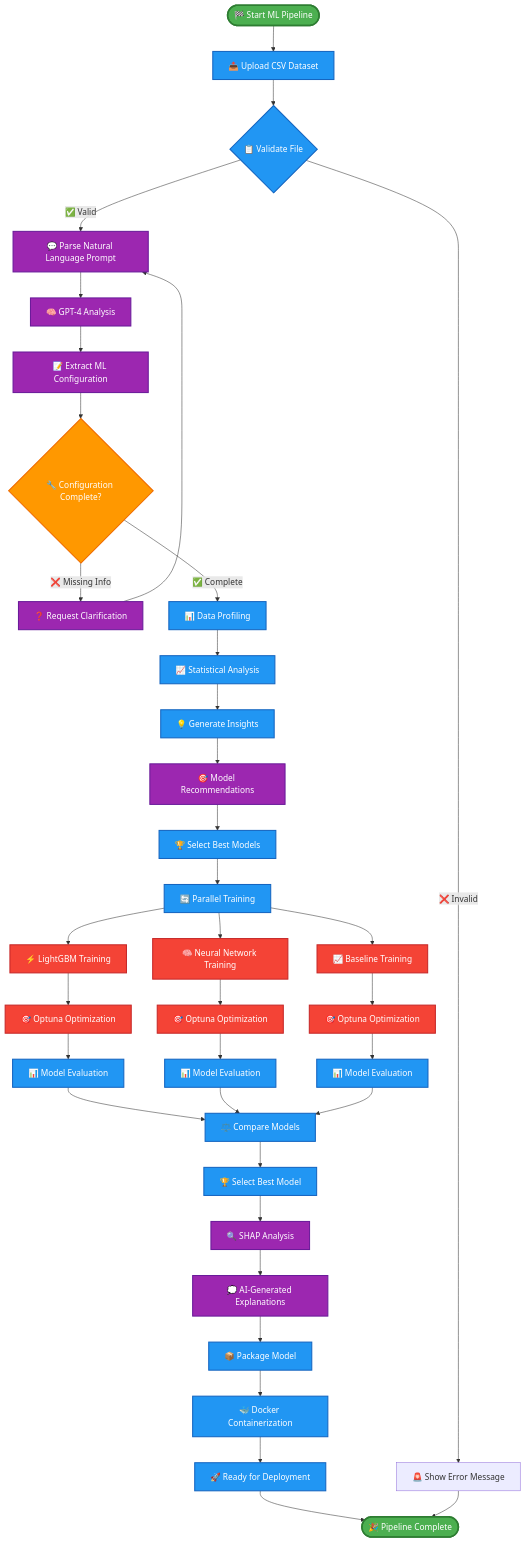
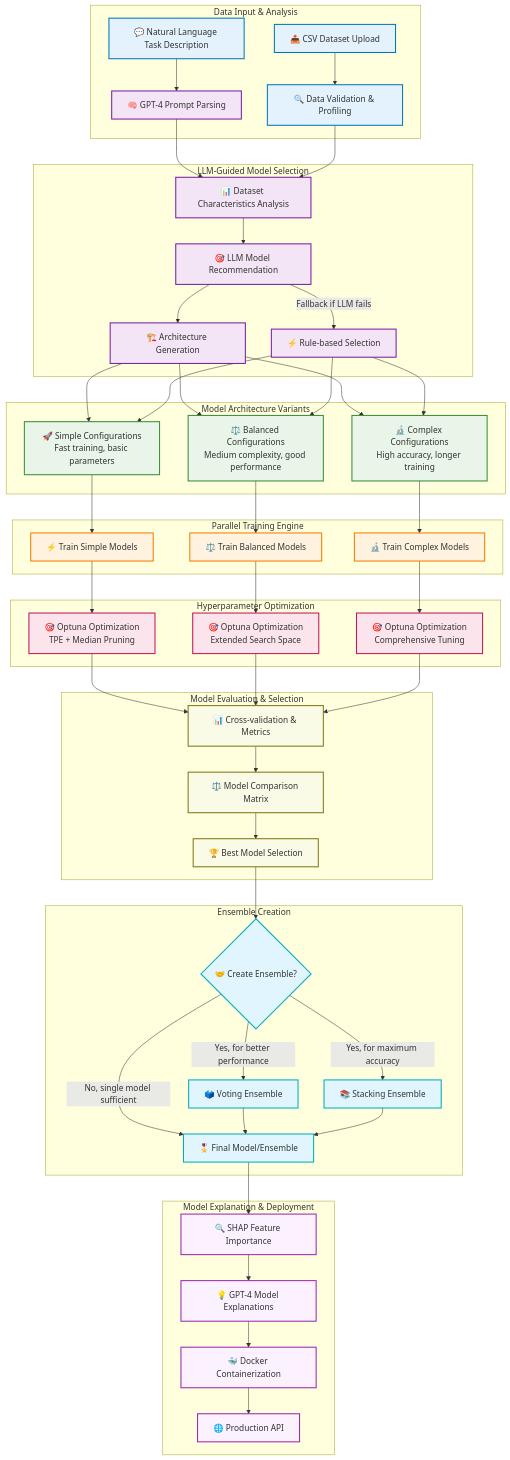
Before and after one commit to mvideet/Cipher: the third of 5 diagrams in README.md, drawn with Mermaid. The commit also changed other lines of this file, not shown here.

````diff
--- a/README.md
+++ b/README.md
@@ -229,58 +240,113 @@
 ```mermaid
-flowchart TD
-    START([🏁 Start ML Pipeline]) --> UPLOAD[📤 Upload CSV Dataset]
-    UPLOAD --> VALIDATE{📋 Validate File}
-    VALIDATE -->|❌ Invalid| ERROR[🚨 Show Error Message]
-    VALIDATE -->|✅ Valid| PROMPT[💬 Parse Natural Language Prompt]
+graph TB
+    subgraph "Data Input & Analysis"
+        UPLOAD[📤 CSV Dataset Upload]
+        VALIDATE[🔍 Data Validation & Profiling]
+        PROMPT[💬 Natural Language Task Description]
+        UPLOAD --> VALIDATE
+        PROMPT --> PARSE
+    end
     
-    PROMPT --> GPT4[🧠 GPT-4 Analysis]
-    GPT4 --> EXTRACT[📝 Extract ML Configuration]
-    EXTRACT --> CONFIG{🔧 Configuration Complete?}
-    CONFIG -->|❌ Missing Info| CLARIFY[❓ Request Clarification]
-    CONFIG -->|✅ Complete| PROFILE[📊 Data Profiling]
+    subgraph "LLM-Guided Model Selection"
+        PARSE[🧠 GPT-4 Prompt Parsing]
+        PROFILE[📊 Dataset Characteristics Analysis]
+        LLM_SELECT[🎯 LLM Model Recommendation]
+        ARCH_GEN[🏗️ Architecture Generation]
+        
+        PARSE --> PROFILE
+        PROFILE --> LLM_SELECT
+        LLM_SELECT --> ARCH_GEN
+        LLM_SELECT --> |"Fallback if LLM fails"| FALLBACK[⚡ Rule-based Selection]
+    end
     
-    PROFILE --> STATS[📈 Statistical Analysis]
-    STATS --> INSIGHTS[💡 Generate Insights]
-    INSIGHTS --> RECOMMEND[🎯 Model Recommendations]
-    RECOMMEND --> SELECT[🏆 Select Best Models]
+    subgraph "Model Architecture Variants"
+        SIMPLE[🚀 Simple Configurations<br/>Fast training, basic parameters]
+        BALANCED[⚖️ Balanced Configurations<br/>Medium complexity, good performance]
+        COMPLEX[🔬 Complex Configurations<br/>High accuracy, longer training]
+        
+        ARCH_GEN --> SIMPLE
+        ARCH_GEN --> BALANCED
+        ARCH_GEN --> COMPLEX
+        FALLBACK --> SIMPLE
+        FALLBACK --> BALANCED
+        FALLBACK --> COMPLEX
+    end
     
-    SELECT --> PARALLEL[🔄 Parallel Training]
-    PARALLEL --> LGB[⚡ LightGBM Training]
-    PARALLEL --> MLP[🧠 Neural Network Training]
-    PARALLEL --> BASE[📈 Baseline Training]
+    subgraph "Parallel Training Engine"
+        TRAIN_SIMPLE[⚡ Train Simple Models]
+        TRAIN_BALANCED[⚖️ Train Balanced Models]
+        TRAIN_COMPLEX[🔬 Train Complex Models]
+        
+        SIMPLE --> TRAIN_SIMPLE
+        BALANCED --> TRAIN_BALANCED
+        COMPLEX --> TRAIN_COMPLEX
+    end
     
-    LGB --> OPTUNA1[🎯 Optuna Optimization]
-    MLP --> OPTUNA2[🎯 Optuna Optimization]
-    BASE --> OPTUNA3[🎯 Optuna Optimization]
+    subgraph "Hyperparameter Optimization"
+        OPTUNA_SIMPLE[🎯 Optuna Optimization<br/>TPE + Median Pruning]
+        OPTUNA_BALANCED[🎯 Optuna Optimization<br/>Extended Search Space]
+        OPTUNA_COMPLEX[🎯 Optuna Optimization<br/>Comprehensive Tuning]
+        
+        TRAIN_SIMPLE --> OPTUNA_SIMPLE
+        TRAIN_BALANCED --> OPTUNA_BALANCED
+        TRAIN_COMPLEX --> OPTUNA_COMPLEX
+    end
     
-    OPTUNA1 --> EVAL1[📊 Model Evaluation]
-    OPTUNA2 --> EVAL2[📊 Model Evaluation]
-    OPTUNA3 --> EVAL3[📊 Model Evaluation]
+    subgraph "Model Evaluation & Selection"
+        EVAL[📊 Cross-validation & Metrics]
+        COMPARE[⚖️ Model Comparison Matrix]
+        BEST_SELECT[🏆 Best Model Selection]
+        
+        OPTUNA_SIMPLE --> EVAL
+        OPTUNA_BALANCED --> EVAL
+        OPTUNA_COMPLEX --> EVAL
+        EVAL --> COMPARE
+        COMPARE --> BEST_SELECT
+    end
     
-    EVAL1 --> COMPARE[⚖️ Compare Models]
-    EVAL2 --> COMPARE
-    EVAL3 --> COMPARE
+    subgraph "Ensemble Creation"
+        ENSEMBLE_CHECK{🤝 Create Ensemble?}
+        VOTING[🗳️ Voting Ensemble]
+        STACKING[📚 Stacking Ensemble]
+        FINAL_MODEL[🎖️ Final Model/Ensemble]
+        
+        BEST_SELECT --> ENSEMBLE_CHECK
+        ENSEMBLE_CHECK -->|"Yes, for better performance"| VOTING
+        ENSEMBLE_CHECK -->|"Yes, for maximum accuracy"| STACKING
+        ENSEMBLE_CHECK -->|"No, single model sufficient"| FINAL_MODEL
+        VOTING --> FINAL_MODEL
+        STACKING --> FINAL_MODEL
+    end
     
-    COMPARE --> BEST[🏆 Select Best Model]
-    BEST --> SHAP[🔍 SHAP Analysis]
-    SHAP --> EXPLAIN[💭 AI-Generated Explanations]
-    EXPLAIN --> PACKAGE[📦 Package Model]
-    PACKAGE --> DOCKER[🐳 Docker Containerization]
-    DOCKER --> DEPLOY[🚀 Ready for Deployment]
-    DEPLOY --> END([🎉 Pipeline Complete])
+    subgraph "Model Explanation & Deployment"
+        SHAP[🔍 SHAP Feature Importance]
+        AI_INSIGHTS[💡 GPT-4 Model Explanations]
+        DOCKER[🐳 Docker Containerization]
+        API[🌐 Production API]
+        
+        FINAL_MODEL --> SHAP
+        SHAP --> AI_INSIGHTS
+        AI_INSIGHTS --> DOCKER
+        DOCKER --> API
+    end
     
-    ERROR --> END
-    CLARIFY --> PROMPT
+    VALIDATE --> PROFILE
     
-    classDef startEnd fill:#4caf50,stroke:#2e7d32,stroke-width:3px,color:#fff
-    classDef process fill:#2196f3,stroke:#1565c0,stroke-width:2px,color:#fff
-    classDef decision fill:#ff9800,stroke:#ef6c00,stroke-width:2px,color:#fff
-    classDef ai fill:#9c27b0,stroke:#6a1b9a,stroke-width:2px,color:#fff
-    classDef training fill:#f44336,stroke:#c62828,stroke-width:2px,color:#fff
+    classDef input fill:#e3f2fd,stroke:#0277bd,stroke-width:2px
+    classDef llm fill:#f3e5f5,stroke:#7b1fa2,stroke-width:2px
+    classDef arch fill:#e8f5e8,stroke:#388e3c,stroke-width:2px
+    classDef training fill:#fff3e0,stroke:#f57c00,stroke-width:2px
+    classDef optimization fill:#fce4ec,stroke:#c2185b,stroke-width:2px
+    classDef evaluation fill:#f9fbe7,stroke:#827717,stroke-width:2px
+    classDef ensemble fill:#e1f5fe,stroke:#00acc1,stroke-width:2px
+    classDef deployment fill:#fcf2ff,stroke:#9c27b0,stroke-width:2px
     
-    class START,END startEnd
-    class UPLOAD,VALIDATE,PROFILE,STATS,INSIGHTS,SELECT,PARALLEL,EVAL1,EVAL2,EVAL3,COMPARE,BEST,PACKAGE,DOCKER,DEPLOY process
-    class CONFIG decision
-    class PROMPT,GPT4,EXTRACT,CLARIFY,RECOMMEND,SHAP,EXPLAIN ai
-    class LGB,MLP,BASE,OPTUNA1,OPTUNA2,OPTUNA3 training
+    class UPLOAD,VALIDATE,PROMPT input
+    class PARSE,PROFILE,LLM_SELECT,ARCH_GEN,FALLBACK llm
+    class SIMPLE,BALANCED,COMPLEX arch
+    class TRAIN_SIMPLE,TRAIN_BALANCED,TRAIN_COMPLEX training
+    class OPTUNA_SIMPLE,OPTUNA_BALANCED,OPTUNA_COMPLEX optimization
+    class EVAL,COMPARE,BEST_SELECT evaluation
+    class ENSEMBLE_CHECK,VOTING,STACKING,FINAL_MODEL ensemble
+    class SHAP,AI_INSIGHTS,DOCKER,API deployment
 ```
````
